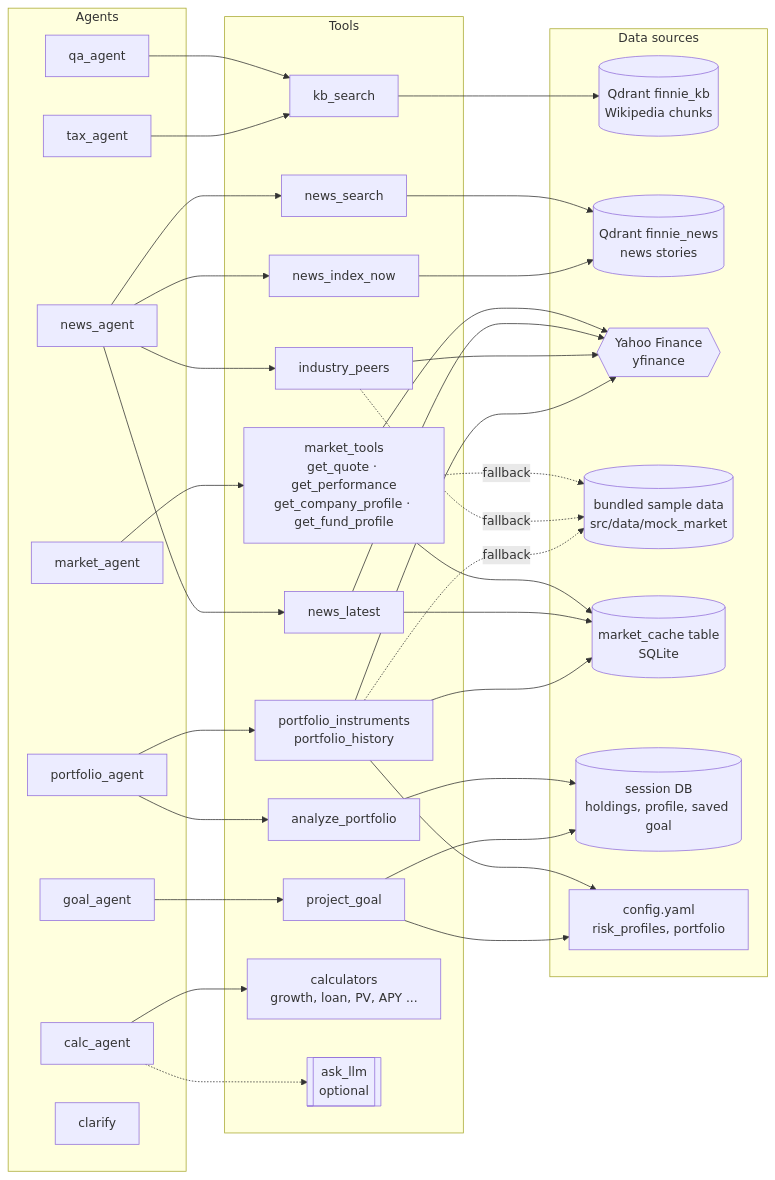
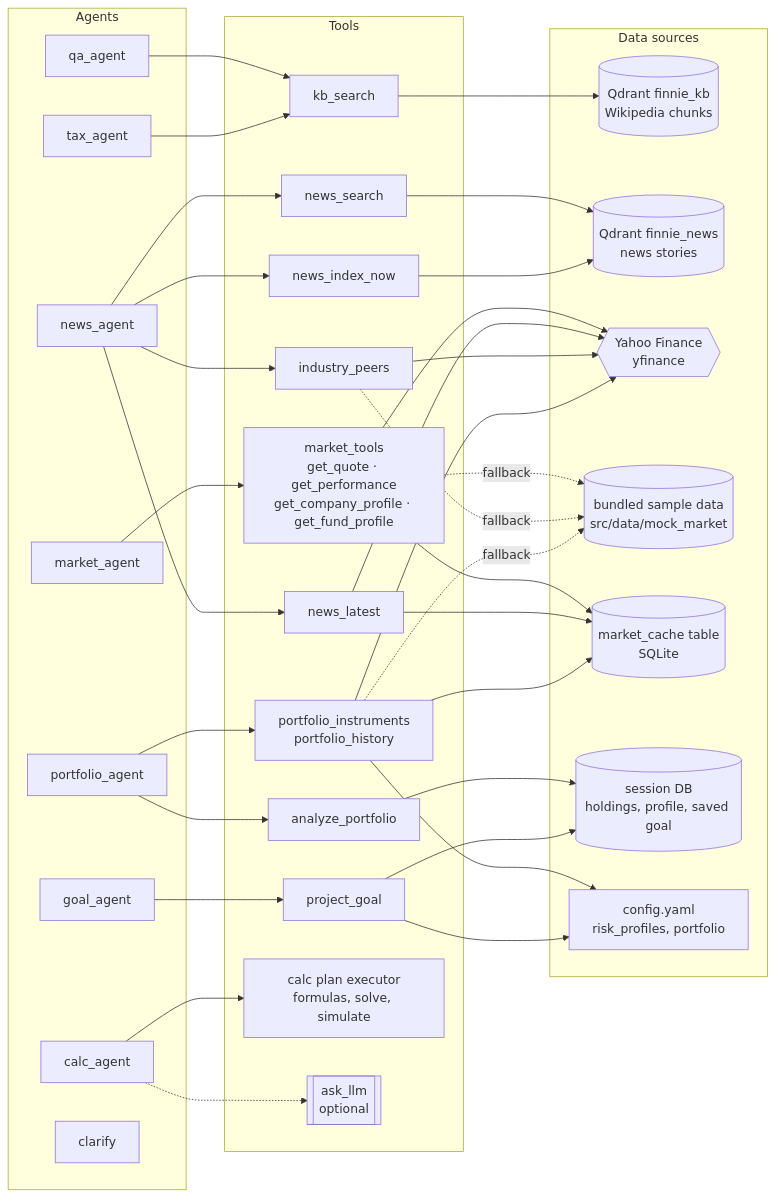
One commit to kyloop/AI-Finance-Assistant changed the first of 2 diagrams in mds/agent-tools.md. Above: the diagram before and after it, drawn with Mermaid. The commit also changed other lines of this file and 21 other files, not shown here.

````diff
--- a/mds/agent-tools.md
+++ b/mds/agent-tools.md
@@ -13,68 +13,68 @@
 ```mermaid
 flowchart LR
     subgraph agents[Agents]
         qa[qa_agent]
         tax[tax_agent]
         market[market_agent]
         news[news_agent]
         portfolio[portfolio_agent]
         goal[goal_agent]
         calc[calc_agent]
         clarify[clarify]
     end
 
     subgraph tools[Tools]
         kb_search[kb_search]
         market_tools[market_tools<br/>get_quote · get_performance<br/>get_company_profile · get_fund_profile]
         news_latest[news_latest]
         news_search[news_search]
         news_index_now[news_index_now]
         industry_peers[industry_peers]
         portfolio_data[portfolio_instruments<br/>portfolio_history]
         analyze_portfolio[analyze_portfolio]
         project_goal[project_goal]
-        calculators[calculators<br/>growth, loan, PV, APY ...]
+        calculators[calc plan executor<br/>formulas, solve, simulate]
         ask_llm[[ask_llm<br/>optional]]
     end
 
     subgraph stores[Data sources]
         qdrant_kb[(Qdrant finnie_kb<br/>Wikipedia chunks)]
         qdrant_news[(Qdrant finnie_news<br/>news stories)]
         yahoo{{Yahoo Finance<br/>yfinance}}
         sample[(bundled sample data<br/>src/data/mock_market)]
         cache[(market_cache table<br/>SQLite)]
         session[(session DB<br/>holdings, profile, saved goal)]
         cfg[config.yaml<br/>risk_profiles, portfolio]
     end
 
     qa --> kb_search
     tax --> kb_search
     market --> market_tools
     news --> news_latest
     news --> news_search
     news --> news_index_now
     news --> industry_peers
     portfolio --> portfolio_data
     portfolio --> analyze_portfolio
     goal --> project_goal
     calc --> calculators
     calc -.-> ask_llm
 
     kb_search --> qdrant_kb
     market_tools --> cache
     market_tools --> yahoo
     market_tools -.fallback.-> sample
     news_latest --> cache
     news_latest --> yahoo
     news_search --> qdrant_news
     news_index_now --> qdrant_news
     industry_peers --> yahoo
     industry_peers -.fallback.-> sample
     portfolio_data --> cache
     portfolio_data --> yahoo
     portfolio_data -.fallback.-> sample
     portfolio_data --> cfg
     analyze_portfolio --> session
     project_goal --> cfg
     project_goal --> session
 ```
````
